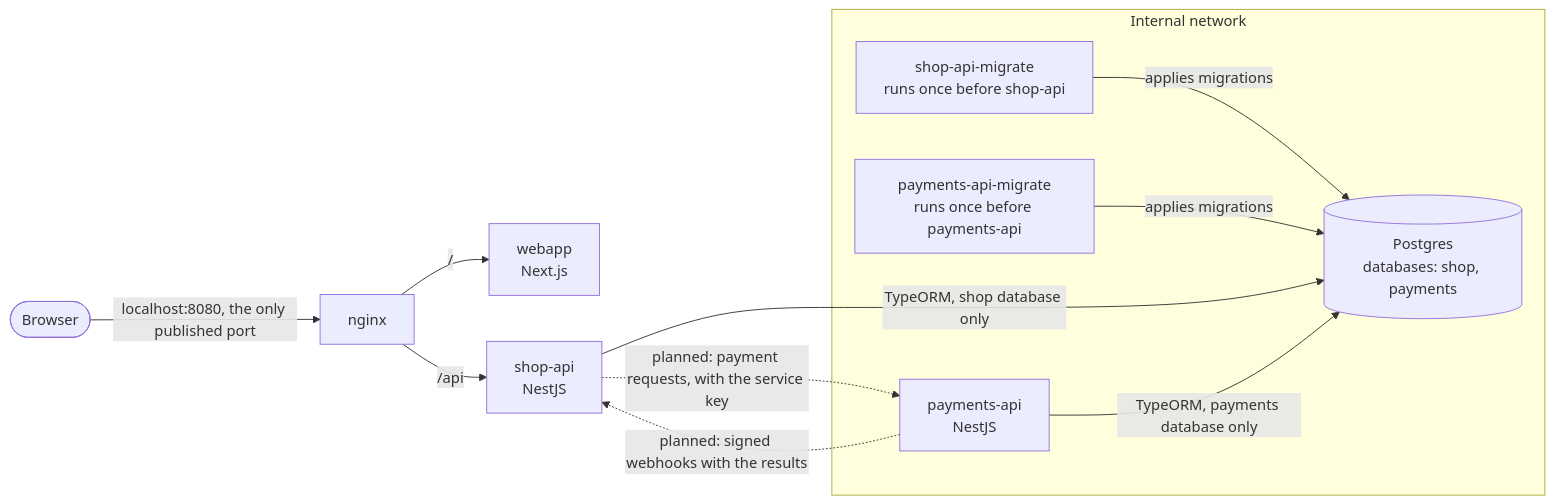
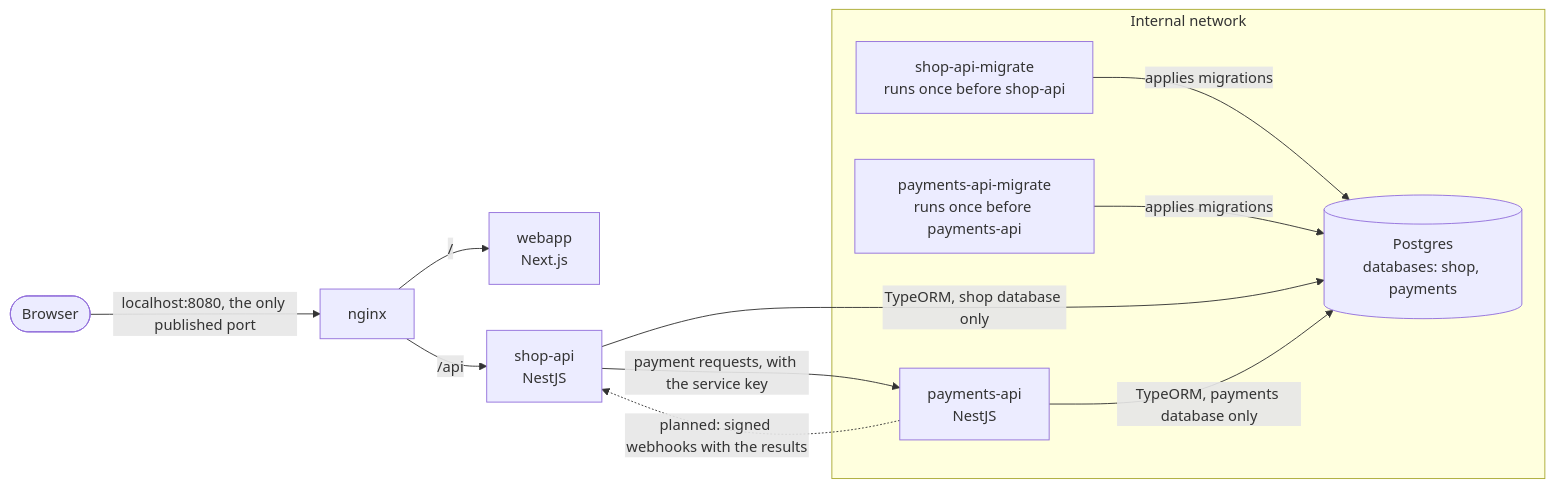
The diagram in docs/architecture.md (chaarlie/shopping-app), drawn with Mermaid before and after one commit. The commit also changed other lines of this file and 49 other files, not shown here.

First line of the commit message:
feat(shop-api): place orders and ask payments-api to charge them

````diff
--- a/docs/architecture.md
+++ b/docs/architecture.md
@@ -5,21 +5,21 @@
 ```mermaid
 flowchart LR
     browser([Browser]) -->|"localhost:8080, the only published port"| nginx
 
     nginx -->|"/"| webapp["webapp<br/>Next.js"]
     nginx -->|"/api"| shop["shop-api<br/>NestJS"]
 
     subgraph internal ["Internal network"]
         migrate["shop-api-migrate<br/>runs once before shop-api"]
         paymentsMigrate["payments-api-migrate<br/>runs once before payments-api"]
         payments["payments-api<br/>NestJS"]
         postgres[("Postgres<br/>databases: shop, payments")]
     end
 
     migrate -->|"applies migrations"| postgres
     paymentsMigrate -->|"applies migrations"| postgres
     shop -->|"TypeORM, shop database only"| postgres
     payments -->|"TypeORM, payments database only"| postgres
-    shop -.->|"planned: payment requests, with the service key"| payments
+    shop -->|"payment requests, with the service key"| payments
     payments -.->|"planned: signed webhooks with the results"| shop
 ```
````
